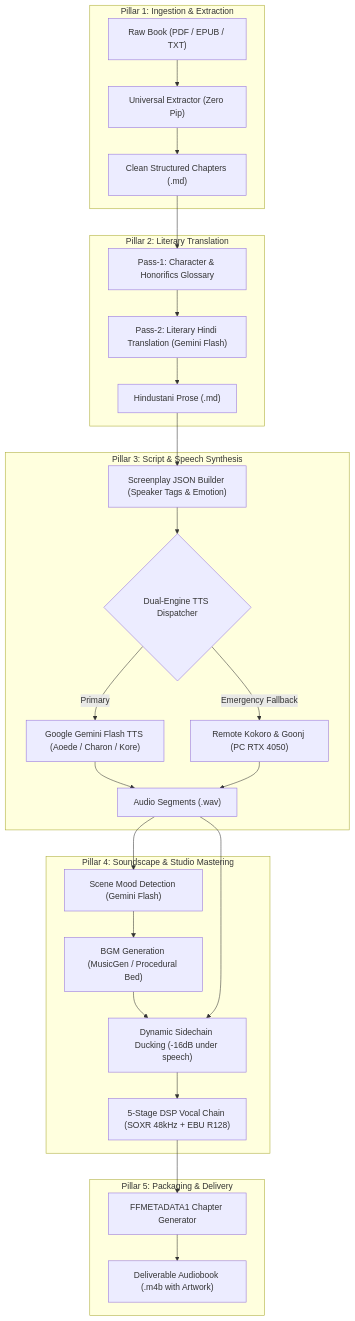
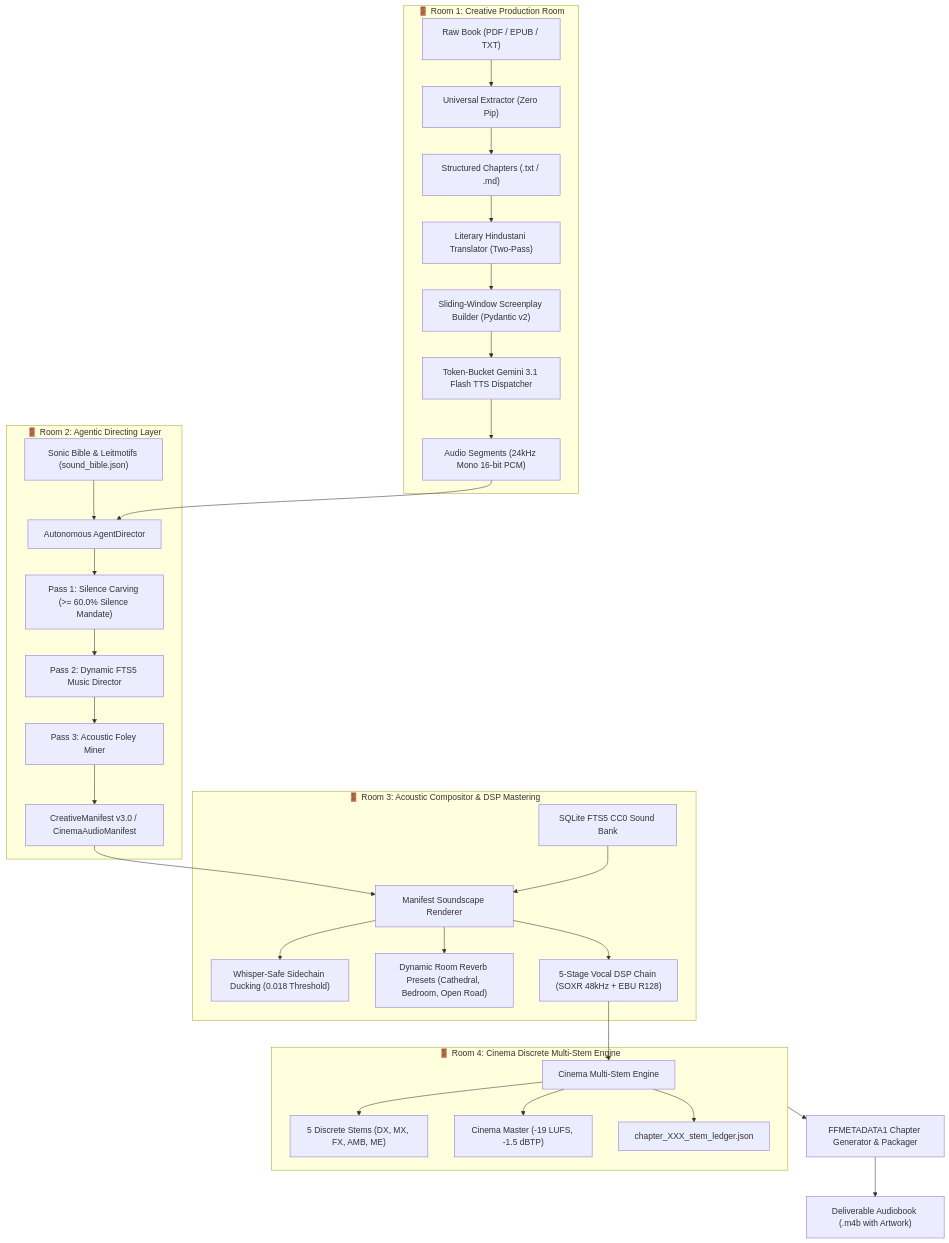
The diagram in README.md (naksh-07/audiobook-maker), drawn with Mermaid before and after one commit. The commit also changed other lines of this file and 40 other files, not shown here.

````diff
--- a/README.md
+++ b/README.md
@@ -24,35 +24,38 @@
 ```mermaid
 flowchart TD
-    subgraph Pillar1["Pillar 1: Ingestion & Extraction"]
+    subgraph Room1["🚪 Room 1: Creative Production Room"]
         Book["Raw Book (PDF / EPUB / TXT)"] --> Extractor["Universal Extractor (Zero Pip)"]
-        Extractor --> Chapters["Clean Structured Chapters (.md)"]
+        Extractor --> Chapters["Structured Chapters (.txt / .md)"]
+        Chapters --> Translator["Literary Hindustani Translator (Two-Pass)"]
+        Translator --> ScriptBuilder["Sliding-Window Screenplay Builder (Pydantic v2)"]
+        ScriptBuilder --> Dispatcher["Token-Bucket Gemini 3.1 Flash TTS Dispatcher"]
+        Dispatcher --> AudioChunks["Audio Segments (24kHz Mono 16-bit PCM)"]
     end
 
-    subgraph Pillar2["Pillar 2: Literary Translation"]
-        Chapters --> GlossaryGen["Pass-1: Character & Honorifics Glossary"]
-        GlossaryGen --> TransEngine["Pass-2: Literary Hindi Translation (Gemini Flash)"]
-        TransEngine --> HindiChapters["Hindustani Prose (.md)"]
+    subgraph Room2["🚪 Room 2: Agentic Directing Layer"]
+        Bible["Sonic Bible & Leitmotifs (sound_bible.json)"] --> Director["Autonomous AgentDirector"]
+        AudioChunks --> Director
+        Director --> SilenceCarve["Pass 1: Silence Carving (>= 60.0% Silence Mandate)"]
+        SilenceCarve --> MusicDir["Pass 2: Dynamic FTS5 Music Director"]
+        MusicDir --> FoleyMiner["Pass 3: Acoustic Foley Miner"]
+        FoleyMiner --> Manifest["CreativeManifest v3.0 / CinemaAudioManifest"]
     end
 
-    subgraph Pillar3["Pillar 3: Script & Speech Synthesis"]
-        HindiChapters --> ScriptBuilder["Screenplay JSON Builder (Speaker Tags & Emotion)"]
-        ScriptBuilder --> Dispatcher{"Dual-Engine TTS Dispatcher"}
-        Dispatcher -->|Primary| GeminiTTS["Google Gemini Flash TTS (Aoede / Charon / Kore)"]
-        Dispatcher -->|Emergency Fallback| KokoroTTS["Remote Kokoro & Goonj (PC RTX 4050)"]
-        GeminiTTS --> AudioChunks["Audio Segments (.wav)"]
-        KokoroTTS --> AudioChunks
+    subgraph Room3["🚪 Room 3: Acoustic Compositor & DSP Mastering"]
+        Manifest --> Renderer["Manifest Soundscape Renderer"]
+        SoundBank["SQLite FTS5 CC0 Sound Bank"] --> Renderer
+        Renderer --> Ducking["Whisper-Safe Sidechain Ducking (0.018 Threshold)"]
+        Renderer --> Reverb["Dynamic Room Reverb Presets (Cathedral, Bedroom, Open Road)"]
+        Renderer --> VocalDSP["5-Stage Vocal DSP Chain (SOXR 48kHz + EBU R128)"]
     end
 
-    subgraph Pillar4["Pillar 4: Soundscape & Studio Mastering"]
-        AudioChunks --> MoodDetector["Scene Mood Detection (Gemini Flash)"]
-        MoodDetector --> ScoreGen["BGM Generation (MusicGen / Procedural Bed)"]
-        ScoreGen --> Sidechain["Dynamic Sidechain Ducking (-16dB under speech)"]
-        AudioChunks --> Sidechain
-        Sidechain --> Mastering["5-Stage DSP Vocal Chain (SOXR 48kHz + EBU R128)"]
+    subgraph Room4["🚪 Room 4: Cinema Discrete Multi-Stem Engine"]
+        VocalDSP --> CinemaEngine["Cinema Multi-Stem Engine"]
+        CinemaEngine --> Stems["5 Discrete Stems (DX, MX, FX, AMB, ME)"]
+        CinemaEngine --> Master["Cinema Master (-19 LUFS, -1.5 dBTP)"]
+        CinemaEngine --> Ledger["chapter_XXX_stem_ledger.json"]
     end
 
-    subgraph Pillar5["Pillar 5: Packaging & Delivery"]
-        Mastering --> Packager["FFMETADATA1 Chapter Generator"]
-        Packager --> M4B["Deliverable Audiobook (.m4b with Artwork)"]
-    end
+    Room4 --> Packager["FFMETADATA1 Chapter Generator & Packager"]
+    Packager --> M4B["Deliverable Audiobook (.m4b with Artwork)"]
 ```
````
